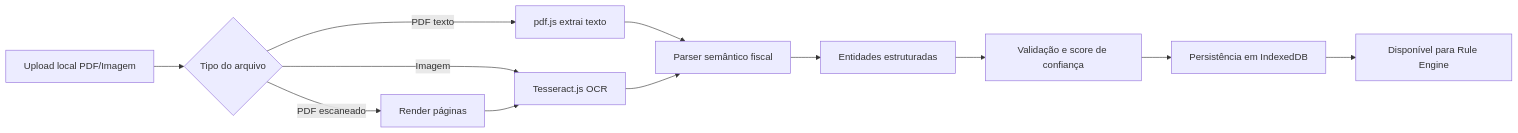
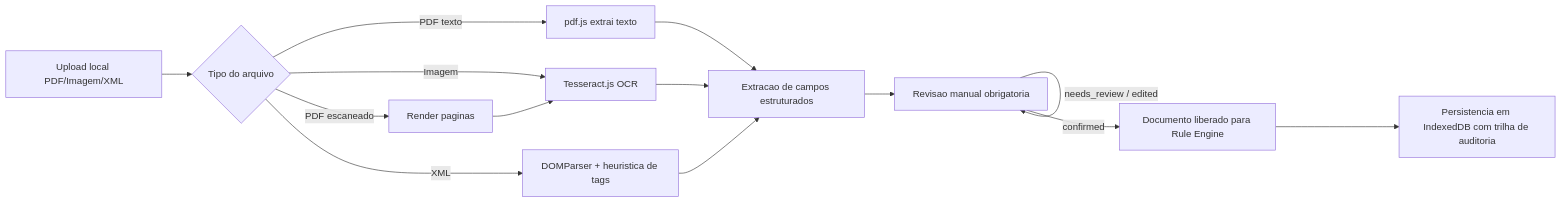
Before and after one commit to eduardotai/economizaia-local: the second of 3 diagrams in ARCHITECTURE.md, drawn with Mermaid. The commit also changed other lines of this file and 41 other files, not shown here.

````diff
--- a/ARCHITECTURE.md
+++ b/ARCHITECTURE.md
@@ -57,14 +59,16 @@
 ```mermaid
 flowchart LR
-    A[Upload local PDF/Imagem] --> B{Tipo do arquivo}
+    A[Upload local PDF/Imagem/XML] --> B{Tipo do arquivo}
     B -->|PDF texto| C[pdf.js extrai texto]
-    B -->|PDF escaneado| D[Render páginas]
+    B -->|PDF escaneado| D[Render paginas]
     B -->|Imagem| E[Tesseract.js OCR]
+    B -->|XML| X[DOMParser + heuristica de tags]
     D --> E
-    C --> F[Parser semântico fiscal]
+    C --> F[Extracao de campos estruturados]
     E --> F
-    F --> G[Entidades estruturadas]
-    G --> H[Validação e score de confiança]
-    H --> I[Persistência em IndexedDB]
-    I --> J[Disponível para Rule Engine]
+    X --> F
+    F --> G[Revisao manual obrigatoria]
+    G -->|needs_review / edited| G
+    G -->|confirmed| H[Documento liberado para Rule Engine]
+    H --> I[Persistencia em IndexedDB com trilha de auditoria]
 ```
````
